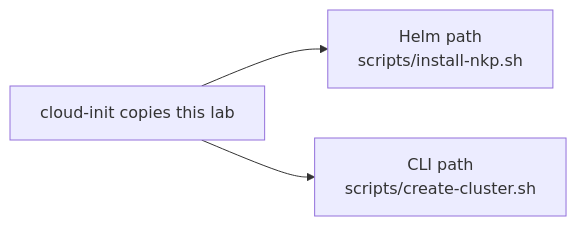
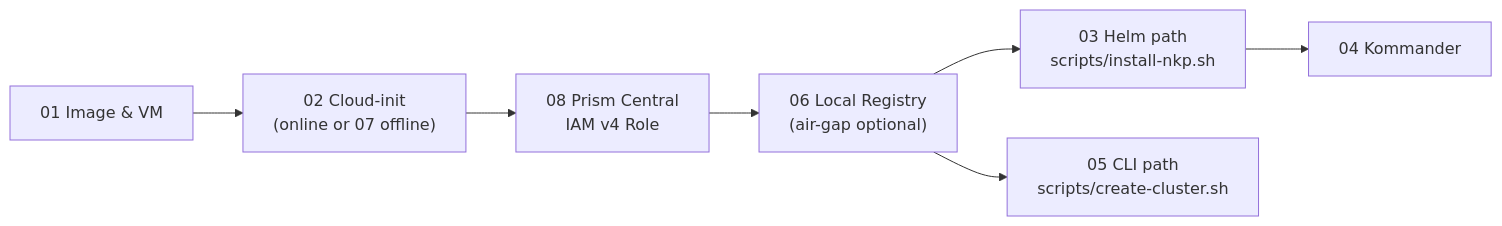
The diagram in 12-bootstrap-machine/README.md (fernandoquinino-ntx/nkp-labs), drawn with Mermaid before and after one commit. The commit also changed other lines of this file and 33 other files, not shown here.

````diff
--- a/12-bootstrap-machine/README.md
+++ b/12-bootstrap-machine/README.md
@@ -6,5 +6,9 @@
 ```mermaid
 flowchart LR
-  A["cloud-init copies this lab"] --> B["Helm path<br/>scripts/install-nkp.sh"]
-  A --> C["CLI path<br/>scripts/create-cluster.sh"]
+  S1["01 Image & VM"] --> S2["02 Cloud-init<br/>(online or 07 offline)"]
+  S2 --> S8["08 Prism Central<br/>IAM v4 Role"]
+  S8 --> S6["06 Local Registry<br/>(air-gap optional)"]
+  S6 --> S3["03 Helm path<br/>scripts/install-nkp.sh"]
+  S6 --> S5["05 CLI path<br/>scripts/create-cluster.sh"]
+  S3 --> S4["04 Kommander"]
 ```
````
